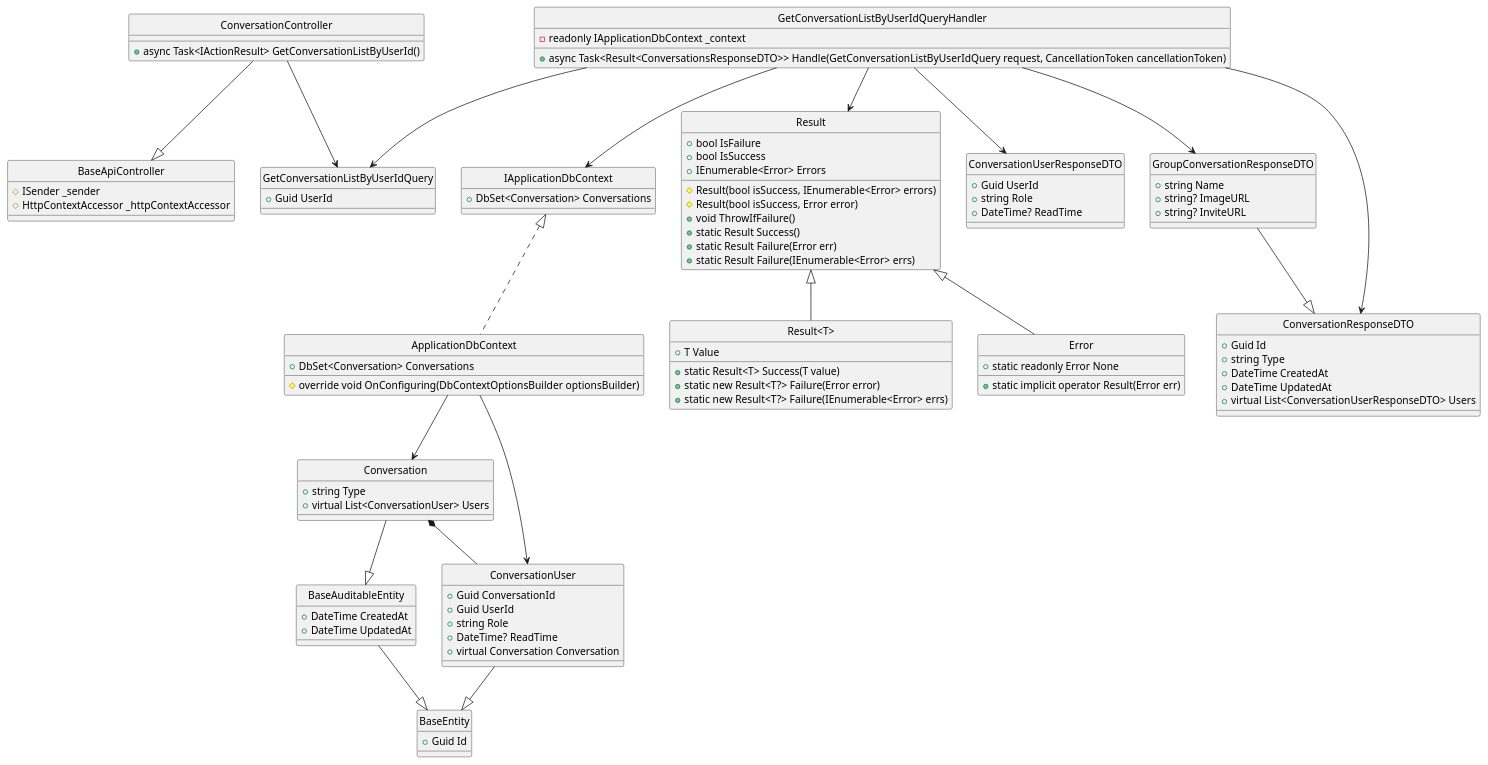
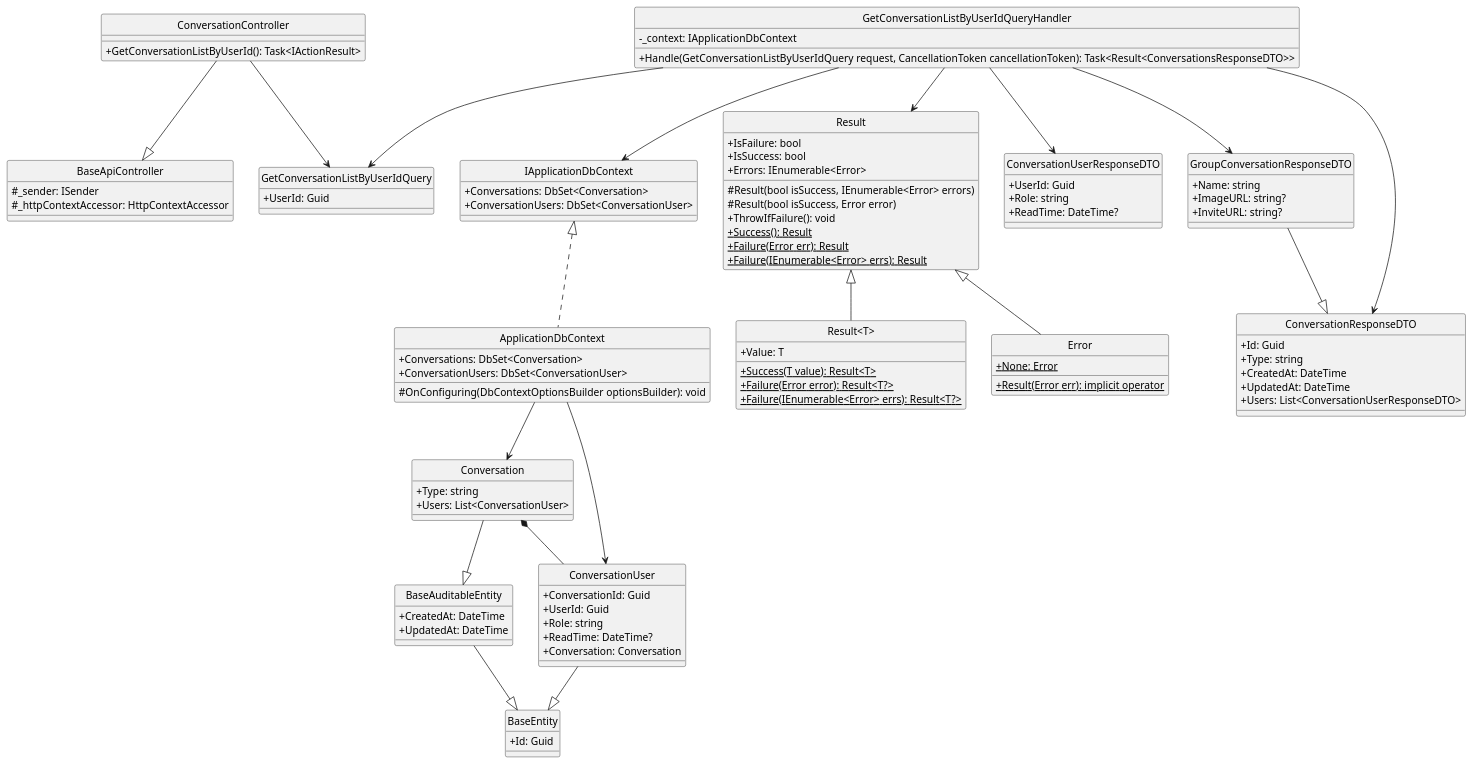
Before and after one commit to Carl-Johnsons/Chat-Application: the diagram in docs/Class Diagram/Conversation/GetConversationListByUserId/ClassDiagram.plantuml, drawn with PlantUML. The commit also changed 2 other files, not shown here.

Commit message:
update conversation class diagram

```diff
--- a/docs/Class Diagram/Conversation/GetConversationListByUserId/ClassDiagram.plantuml
+++ b/docs/Class Diagram/Conversation/GetConversationListByUserId/ClassDiagram.plantuml
@@ -1,115 +1,123 @@
 @startuml 
 hide circle
+skinparam classAttributeIconSize 0
 
 class BaseApiController {
-    #ISender _sender
-    #HttpContextAccessor _httpContextAccessor
+    #_sender: ISender
+    #_httpContextAccessor: HttpContextAccessor 
 }
 
 class ConversationController {
-    +async Task<IActionResult> GetConversationListByUserId()
+    +GetConversationListByUserId(): Task<IActionResult>
 }
 
 class GetConversationListByUserIdQuery {
-    +Guid UserId
+    +UserId: Guid
 }
 
 class GetConversationListByUserIdQueryHandler {
-    -readonly IApplicationDbContext _context
-    +async Task<Result<ConversationsResponseDTO>> Handle(GetConversationListByUserIdQuery request, CancellationToken cancellationToken)
+    -_context: IApplicationDbContext
+    +Handle(GetConversationListByUserIdQuery request, CancellationToken cancellationToken): Task<Result<ConversationsResponseDTO>>
 }
 
 class IApplicationDbContext {
-    +DbSet<Conversation> Conversations
+    +Conversations: DbSet<Conversation>
+    +ConversationUsers: DbSet<ConversationUser>
 }
 
 class ApplicationDbContext {
-    +DbSet<Conversation> Conversations
-    #override void OnConfiguring(DbContextOptionsBuilder optionsBuilder)
+    +Conversations: DbSet<Conversation>
+    +ConversationUsers: DbSet<ConversationUser>
+    #OnConfiguring(DbContextOptionsBuilder optionsBuilder): void
 }
 
 class Result {
-    +bool IsFailure
-    +bool IsSuccess
-    +IEnumerable<Error> Errors
+    +IsFailure: bool
+    +IsSuccess: bool
+    +Errors: IEnumerable<Error>
     #Result(bool isSuccess, IEnumerable<Error> errors)
     #Result(bool isSuccess, Error error)
-    +void ThrowIfFailure()
-    +static Result Success()
-    +static Result Failure(Error err)
-    +static Result Failure(IEnumerable<Error> errs)
+    +ThrowIfFailure(): void
+    +{static} Success(): Result 
+    +{static} Failure(Error err): Result
+    +{static} Failure(IEnumerable<Error> errs): Result
 }
 
 class "Result<T>" {
-    +T Value
-    +static Result<T> Success(T value)
-    +static new Result<T?> Failure(Error error)
-    +static new Result<T?> Failure(IEnumerable<Error> errs)
+    +Value: T
+    +{static} Success(T value): Result<T>
+    +{static} Failure(Error error): Result<T?>
+    +{static} Failure(IEnumerable<Error> errs): Result<T?>
 }
 
 class Error {
-    +static readonly Error None
-    +static implicit operator Result(Error err)
+    +{static} None: Error
+    +{static} Result(Error err): implicit operator
 }
 
 class ConversationUserResponseDTO {
-    +Guid UserId
-    +string Role
-    +DateTime? ReadTime
+    +UserId: Guid
+    +Role: string
+    +ReadTime: DateTime?
 }
 
 class GroupConversationResponseDTO {
-    +string Name
-    +string? ImageURL
-    +string? InviteURL
+    +Name: string
+    +ImageURL: string? 
+    +InviteURL: string? 
 }
 
 class ConversationResponseDTO {
-    +Guid Id
-    +string Type
-    +DateTime CreatedAt
-    +DateTime UpdatedAt
-    +virtual List<ConversationUserResponseDTO> Users
+    +Id: Guid
+    +Type: string
+    +CreatedAt: DateTime 
+    +UpdatedAt: DateTime
+    +Users: List<ConversationUserResponseDTO>
 }
 
 class BaseEntity {
-    +Guid Id
+    +Id: Guid
 }
 
 class BaseAuditableEntity{
-    +DateTime CreatedAt
-    +DateTime UpdatedAt
+    +CreatedAt: DateTime
+    +UpdatedAt: DateTime
 }
 
 class Conversation {
-    +string Type
-    +virtual List<ConversationUser> Users
+    +Type: string
+    +Users: List<ConversationUser>
 }
 
 class ConversationUser {
-    +Guid ConversationId
-    +Guid UserId
-    +string Role 
-    +DateTime? ReadTime
-    +virtual Conversation Conversation
+    +ConversationId: Guid
+    +UserId: Guid
+    +Role: string 
+    +ReadTime: DateTime?
+    +Conversation: Conversation
 }
 
+'==== Get Conversation List By User Id ====
+'API Layer
 ConversationController --|> BaseApiController
 ConversationController --> GetConversationListByUserIdQuery
+'Application Layer
 GetConversationListByUserIdQueryHandler --> GetConversationListByUserIdQuery
 GetConversationListByUserIdQueryHandler --> Result
 GetConversationListByUserIdQueryHandler --> IApplicationDbContext
 GetConversationListByUserIdQueryHandler --> ConversationUserResponseDTO
 GetConversationListByUserIdQueryHandler --> ConversationResponseDTO
 GetConversationListByUserIdQueryHandler --> GroupConversationResponseDTO
+'Domain Layer
 GroupConversationResponseDTO --|> ConversationResponseDTO
-IApplicationDbContext <|.. ApplicationDbContext
 Result <|-- Error
 Result <|-- "Result<T>"
-ApplicationDbContext --> ConversationUser
-ApplicationDbContext --> Conversation
 ConversationUser --|> BaseEntity
 Conversation --|> BaseAuditableEntity
 Conversation *-- ConversationUser
 BaseAuditableEntity --|>BaseEntity
+'Infrastructure Layer
+IApplicationDbContext <|.. ApplicationDbContext
+ApplicationDbContext --> ConversationUser
+ApplicationDbContext --> Conversation
 @enduml
```
